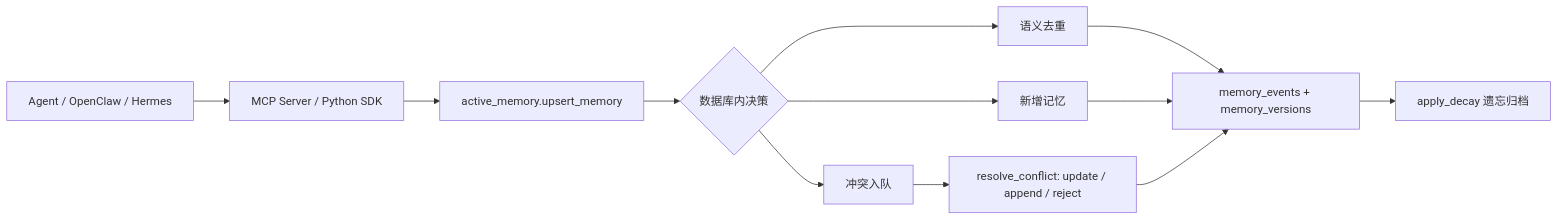
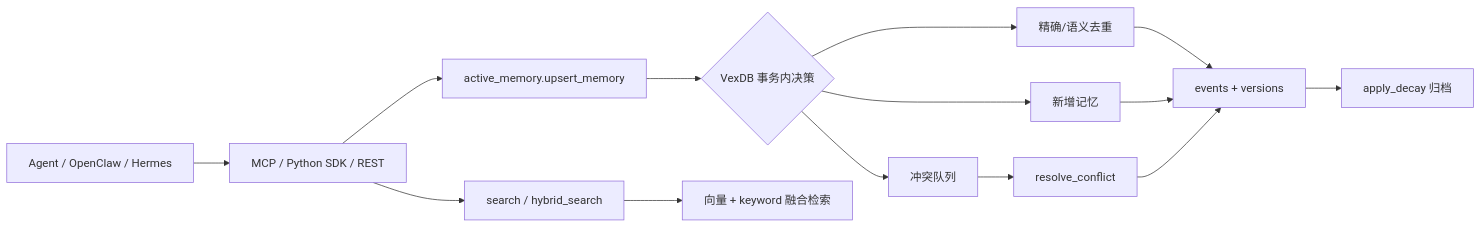
One commit to MiniosZou/vexdb-active-memory changed the diagram in README.md. Above: the diagram before and after it, drawn with Mermaid. The commit also changed other lines of this file, not shown here.

Commit message:
Refresh README for current memory features

````diff
--- a/README.md
+++ b/README.md
@@ -39,14 +108,16 @@
 ```mermaid
 flowchart LR
-    A["Agent / OpenClaw / Hermes"] --> B["MCP Server / Python SDK"]
+    A["Agent / OpenClaw / Hermes"] --> B["MCP / Python SDK / REST"]
     B --> C["active_memory.upsert_memory"]
-    C --> D{"数据库内决策"}
-    D --> E["语义去重"]
-    D --> F["冲突入队"]
+    B --> S["search / hybrid_search"]
+    C --> D{"VexDB 事务内决策"}
+    D --> E["精确/语义去重"]
+    D --> F["冲突队列"]
     D --> G["新增记忆"]
-    F --> H["resolve_conflict: update / append / reject"]
-    E --> I["memory_events + memory_versions"]
+    F --> H["resolve_conflict"]
+    E --> I["events + versions"]
     G --> I
     H --> I
-    I --> J["apply_decay 遗忘归档"]
+    I --> J["apply_decay 归档"]
+    S --> K["向量 + keyword 融合检索"]
 ```
````
